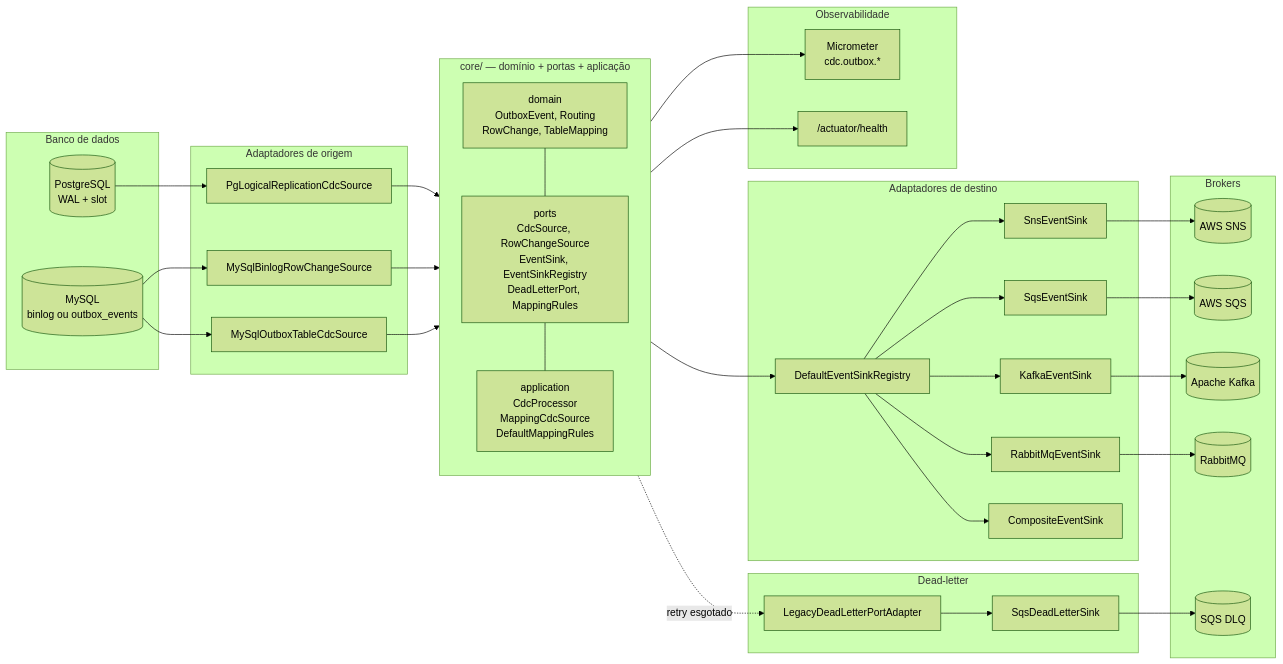
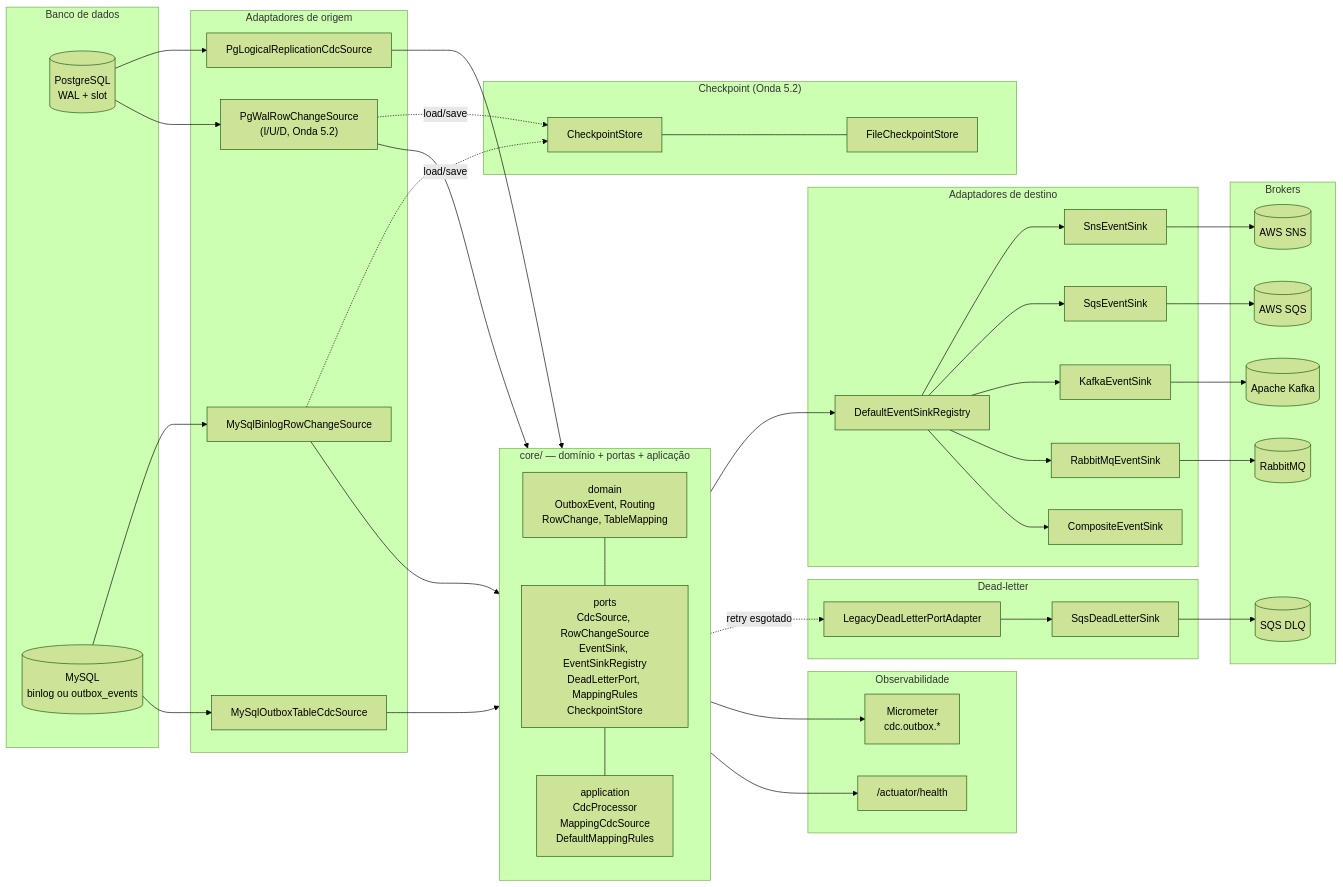
One commit to fernandoofj/cdc-outbox-event-producer changed the first of 2 diagrams in README.md. Above: the diagram before and after it, drawn with Mermaid (forest theme). The commit also changed other lines of this file and 2 other files, not shown here.

First line of the commit message:
docs(round-10): Wave 5.2 + cleanup — refresh README, ARCHITECTURE, HISTORY

````diff
--- a/README.md
+++ b/README.md
@@ -211,63 +217,74 @@
 ```mermaid
 flowchart LR
   subgraph DB[Banco de dados]
     PG[(PostgreSQL<br/>WAL + slot)]
     MY[(MySQL<br/>binlog ou outbox_events)]
   end
 
   subgraph Adapters_In[Adaptadores de origem]
     PgSrc[PgLogicalReplicationCdcSource]
+    PgWal["PgWalRowChangeSource<br/>(I/U/D, Onda 5.2)"]
     MyBinlog[MySqlBinlogRowChangeSource]
     MyTable[MySqlOutboxTableCdcSource]
+  end
+
+  subgraph Checkpoint["Checkpoint (Onda 5.2)"]
+    CkpStore[CheckpointStore]
+    FileCkp[FileCheckpointStore]
+    CkpStore --- FileCkp
   end
 
   subgraph Core["core/ — domínio + portas + aplicação"]
     direction TB
     Domain["domain<br/>OutboxEvent, Routing<br/>RowChange, TableMapping"]
-    Ports["ports<br/>CdcSource, RowChangeSource<br/>EventSink, EventSinkRegistry<br/>DeadLetterPort, MappingRules"]
+    Ports["ports<br/>CdcSource, RowChangeSource<br/>EventSink, EventSinkRegistry<br/>DeadLetterPort, MappingRules<br/>CheckpointStore"]
     App["application<br/>CdcProcessor<br/>MappingCdcSource<br/>DefaultMappingRules"]
     Domain --- Ports --- App
   end
 
   subgraph Adapters_Out[Adaptadores de destino]
     Sns[SnsEventSink]
     Sqs[SqsEventSink]
     Kfk[KafkaEventSink]
     Rmq[RabbitMqEventSink]
     Comp[CompositeEventSink]
     Reg[DefaultEventSinkRegistry]
   end
 
   subgraph DLQ[Dead-letter]
     DlqAdapter[LegacyDeadLetterPortAdapter]
     DlqSqs[SqsDeadLetterSink]
   end
 
   subgraph Brokers
     SNS[(AWS SNS)]
     SQS[(AWS SQS)]
     KAFKA[(Apache Kafka)]
     RABBIT[(RabbitMQ)]
     DLQQ[(SQS DLQ)]
   end
 
   subgraph Ops[Observabilidade]
     Met[Micrometer<br/>cdc.outbox.*]
     Hea["/actuator/health"]
   end
 
   PG --> PgSrc --> Core
+  PG --> PgWal --> Core
   MY --> MyBinlog --> Core
   MY --> MyTable --> Core
+
+  PgWal -. load/save .-> CkpStore
+  MyBinlog -. load/save .-> CkpStore
 
   Core --> Reg
   Reg --> Sns --> SNS
   Reg --> Sqs --> SQS
   Reg --> Kfk --> KAFKA
   Reg --> Rmq --> RABBIT
   Reg --> Comp
 
   Core -. retry esgotado .-> DlqAdapter --> DlqSqs --> DLQQ
   Core --> Met
   Core --> Hea
 ```
````
